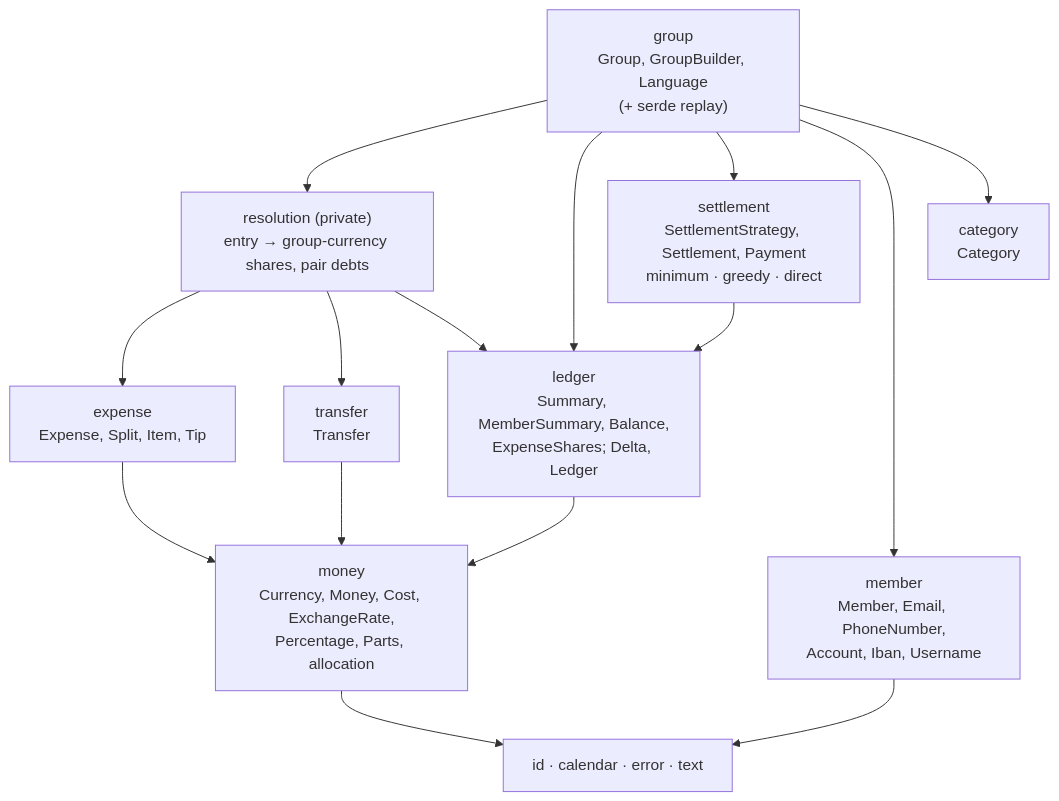
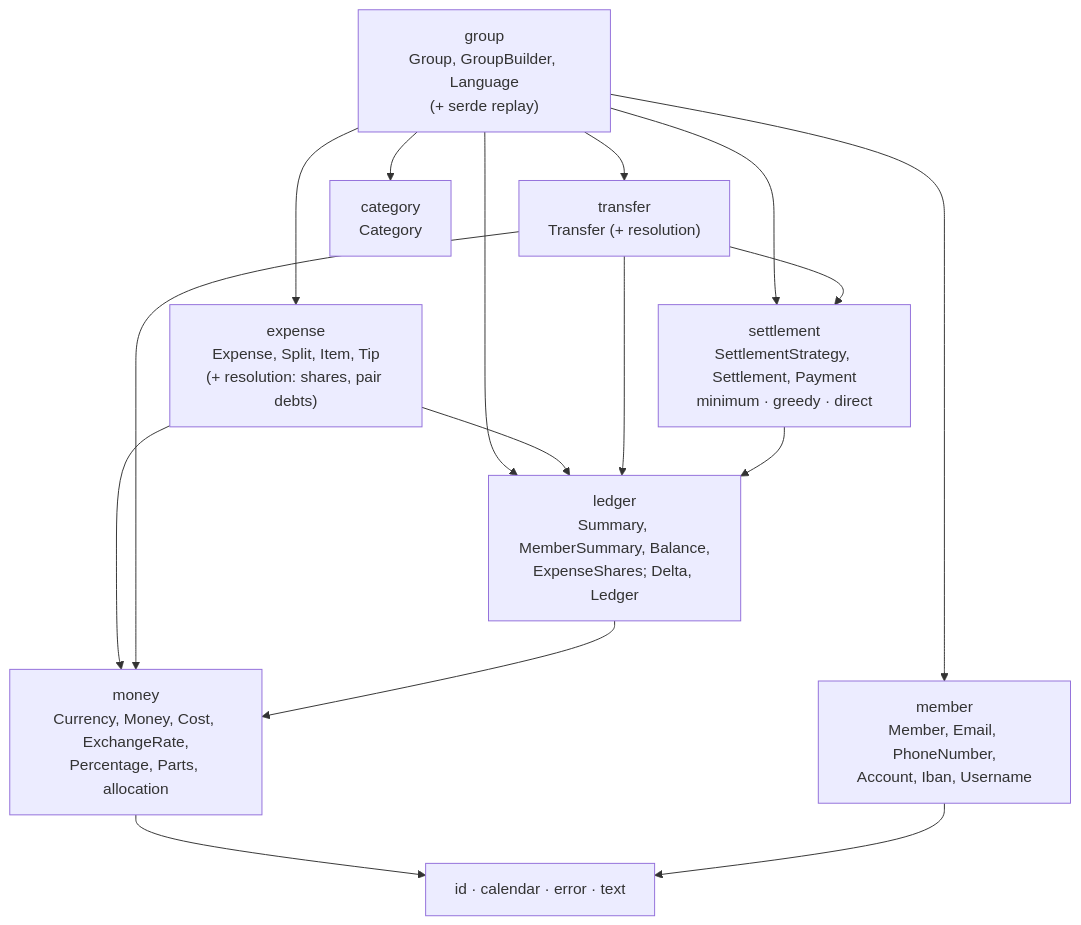
The first of 2 diagrams in docs/ARCHITECTURE.md (cristiancristea00/eranos), drawn with Mermaid before and after one commit. The commit also changed other lines of this file and 10 other files, not shown here.

````diff
--- a/docs/ARCHITECTURE.md
+++ b/docs/ARCHITECTURE.md
@@ -58,27 +58,27 @@
 ```mermaid
 flowchart TD
     GROUP["group<br/>Group, GroupBuilder, Language<br/>(+ serde replay)"]
-    RESOLUTION["resolution (private)<br/>entry → group-currency shares, pair debts"]
+    EXPENSE["expense<br/>Expense, Split, Item, Tip<br/>(+ resolution: shares, pair debts)"]
+    TRANSFER["transfer<br/>Transfer (+ resolution)"]
     LEDGER["ledger<br/>Summary, MemberSummary, Balance,<br/>ExpenseShares; Delta, Ledger"]
     SETTLEMENT["settlement<br/>SettlementStrategy, Settlement, Payment<br/>minimum · greedy · direct"]
-    EXPENSE["expense<br/>Expense, Split, Item, Tip"]
-    TRANSFER["transfer<br/>Transfer"]
     MEMBER["member<br/>Member, Email, PhoneNumber,<br/>Account, Iban, Username"]
     CATEGORY["category<br/>Category"]
     MONEY["money<br/>Currency, Money, Cost, ExchangeRate,<br/>Percentage, Parts, allocation"]
     BASE["id · calendar · error · text"]
-    GROUP --> RESOLUTION
+    GROUP --> EXPENSE
+    GROUP --> TRANSFER
     GROUP --> LEDGER
     GROUP --> SETTLEMENT
     GROUP --> MEMBER
     GROUP --> CATEGORY
-    RESOLUTION --> EXPENSE
-    RESOLUTION --> TRANSFER
-    RESOLUTION --> LEDGER
+    EXPENSE --> LEDGER
+    TRANSFER --> LEDGER
+    TRANSFER --> SETTLEMENT
     SETTLEMENT --> LEDGER
     EXPENSE --> MONEY
     TRANSFER --> MONEY
     LEDGER --> MONEY
     MONEY --> BASE
     MEMBER --> BASE
 ```
````
